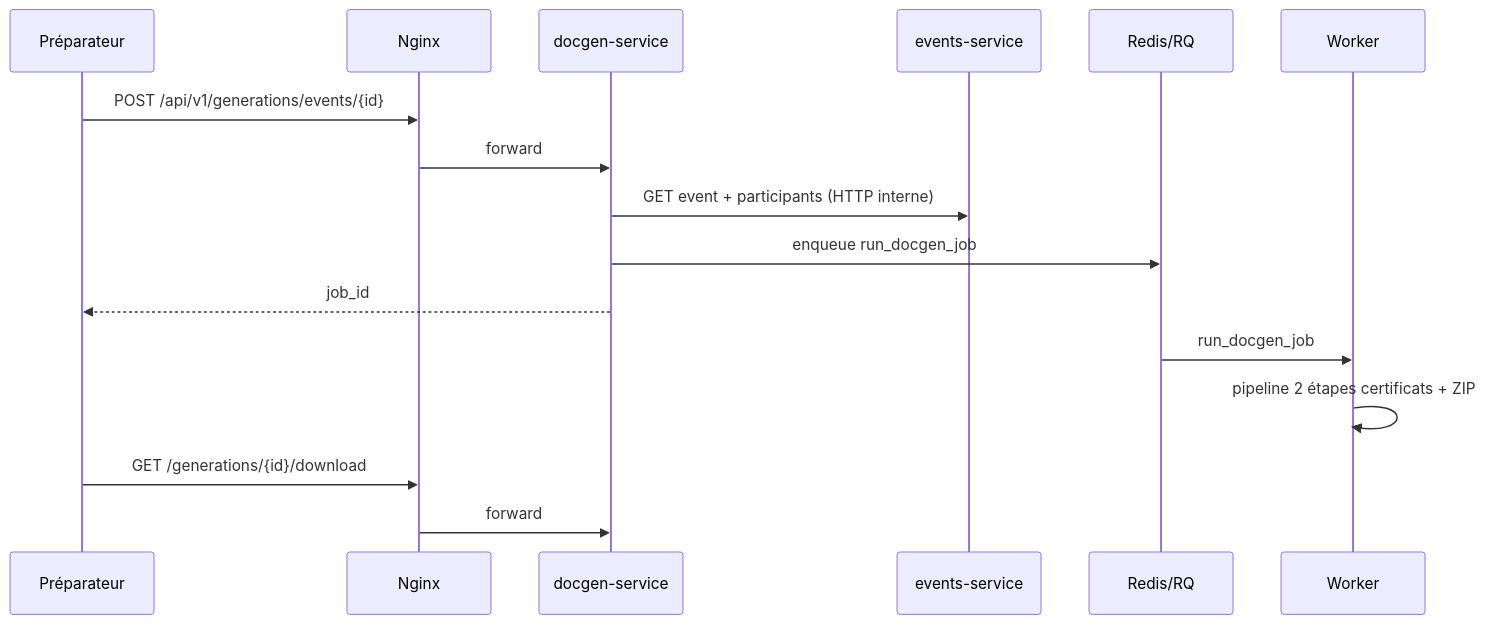
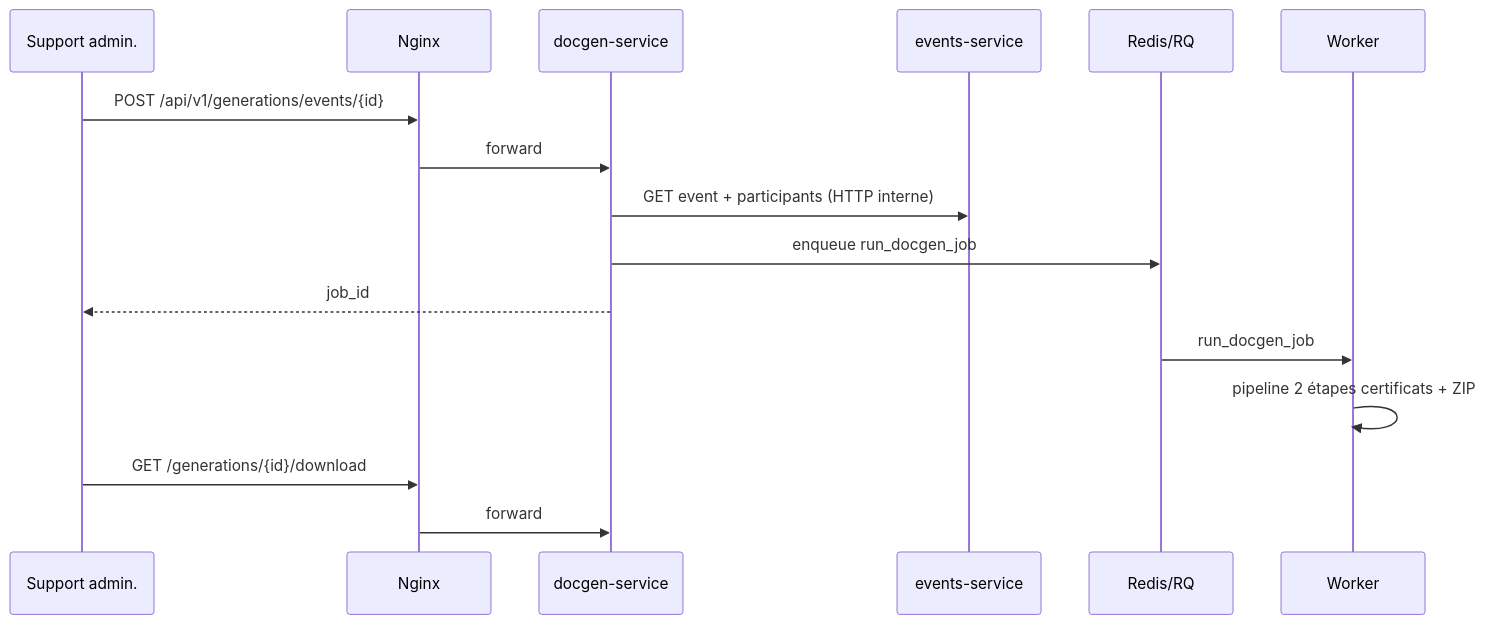
Before and after one commit to Kseme277/traumatec-impact-platform: the third of 3 diagrams in docs/architecture.md, drawn with Mermaid. The commit also changed other lines of this file and 44 other files, not shown here.

````diff
--- a/docs/architecture.md
+++ b/docs/architecture.md
@@ -114,19 +109,19 @@
 ```mermaid
 sequenceDiagram
-    participant U as Préparateur
+    participant U as Support admin.
     participant GW as Nginx
     participant DG as docgen-service
     participant EV as events-service
     participant Q as Redis/RQ
     participant W as Worker
 
     U->>GW: POST /api/v1/generations/events/{id}
     GW->>DG: forward
     DG->>EV: GET event + participants (HTTP interne)
     DG->>Q: enqueue run_docgen_job
     DG-->>U: job_id
     Q->>W: run_docgen_job
     W->>W: pipeline 2 étapes certificats + ZIP
     U->>GW: GET /generations/{id}/download
     GW->>DG: forward
 ```
````
